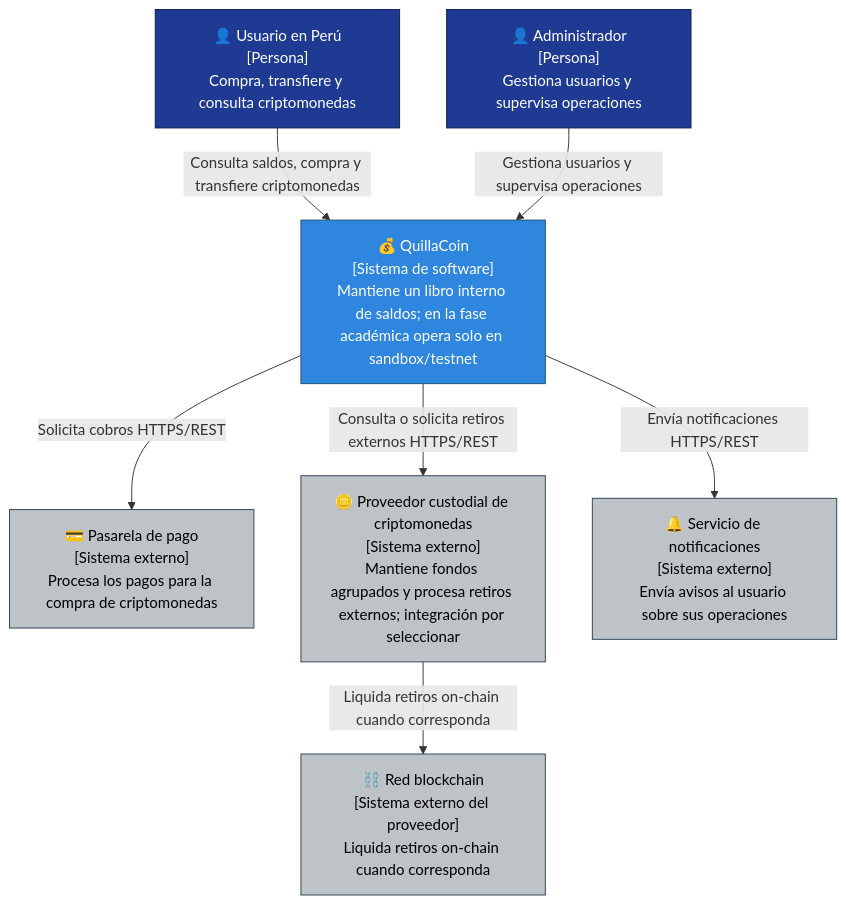
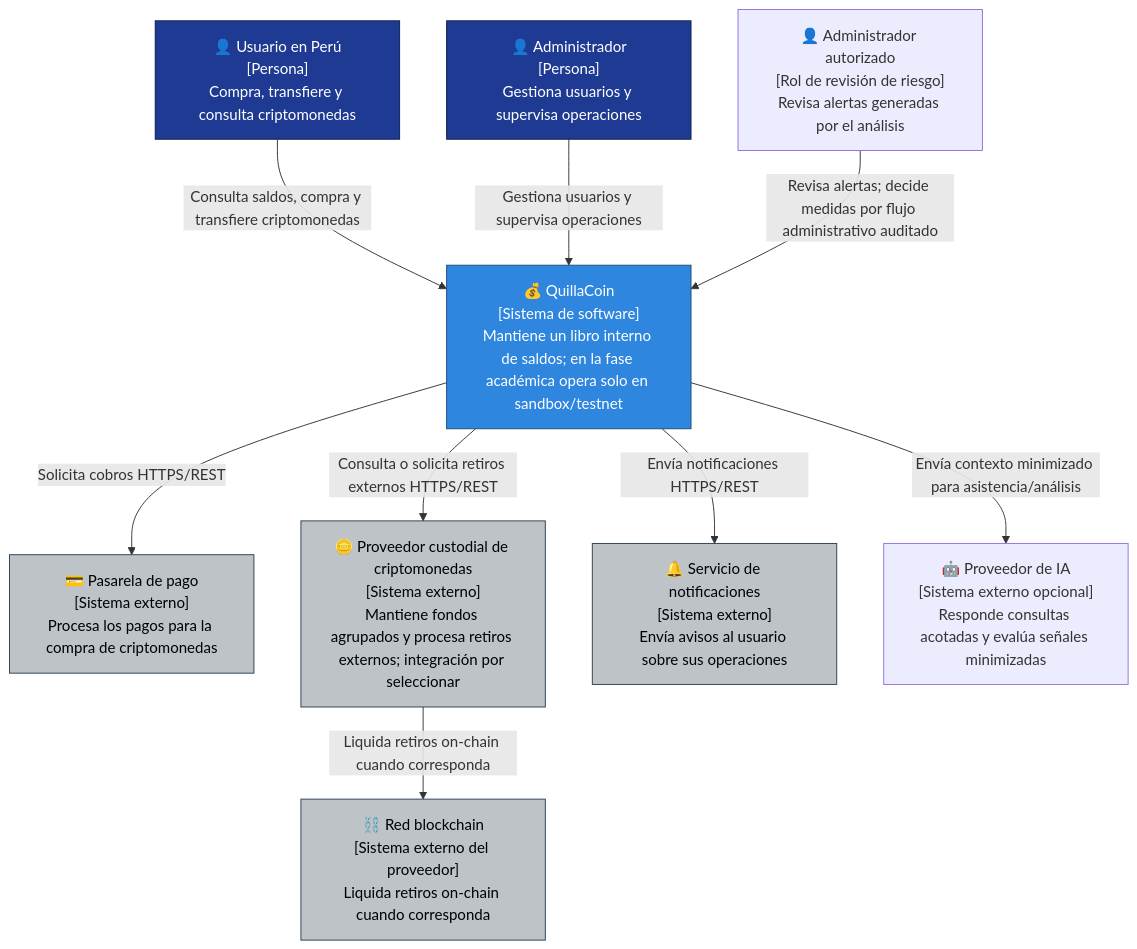
One commit to B3L70N/Flexcoin-arquitSoft-02-Jordy-Huaman changed the diagram in docs/04-modelo-c4/Nivel1-DiagramadeContextodelSistema.md. Above: the diagram before and after it, drawn with Mermaid. The commit also changed other lines of this file and 20 other files, not shown here.

````diff
--- a/docs/04-modelo-c4/Nivel1-DiagramadeContextodelSistema.md
+++ b/docs/04-modelo-c4/Nivel1-DiagramadeContextodelSistema.md
@@ -23,28 +23,32 @@
 ```mermaid
 flowchart TB
     Usuario["👤 Usuario en Perú<br/>[Persona]<br/>Compra, transfiere y consulta criptomonedas"]
     Admin["👤 Administrador<br/>[Persona]<br/>Gestiona usuarios y supervisa operaciones"]
+    IAAdmin["👤 Administrador autorizado<br/>[Rol de revisión de riesgo]<br/>Revisa alertas generadas por el análisis"]
 
     QuillaCoin["💰 QuillaCoin<br/>[Sistema de software]<br/>Mantiene un libro interno de saldos; en la fase académica opera solo en sandbox/testnet"]
 
     Pasarela["💳 Pasarela de pago<br/>[Sistema externo]<br/>Procesa los pagos para la compra de criptomonedas"]
     Proveedor["🪙 Proveedor custodial de criptomonedas<br/>[Sistema externo]<br/>Mantiene fondos agrupados y procesa retiros externos; integración por seleccionar"]
     Blockchain["⛓️ Red blockchain<br/>[Sistema externo del proveedor]<br/>Liquida retiros on-chain cuando corresponda"]
     Notif["🔔 Servicio de notificaciones<br/>[Sistema externo]<br/>Envía avisos al usuario sobre sus operaciones"]
+    ProveedorIA["🤖 Proveedor de IA<br/>[Sistema externo opcional]<br/>Responde consultas acotadas y evalúa señales minimizadas"]
 
     Usuario -->|Consulta saldos, compra y transfiere criptomonedas| QuillaCoin
     Admin -->|Gestiona usuarios y supervisa operaciones| QuillaCoin
+    IAAdmin -->|Revisa alertas; decide medidas por flujo administrativo auditado| QuillaCoin
 
     QuillaCoin -->|Solicita cobros HTTPS/REST| Pasarela
     QuillaCoin -->|Consulta o solicita retiros externos HTTPS/REST| Proveedor
     Proveedor -->|Liquida retiros on-chain cuando corresponda| Blockchain
     QuillaCoin -->|Envía notificaciones HTTPS/REST| Notif
+    QuillaCoin -->|Envía contexto minimizado para asistencia/análisis| ProveedorIA
 
     style Usuario fill:#1f3a93,stroke:#0d1e4c,color:#ffffff
     style Admin fill:#1f3a93,stroke:#0d1e4c,color:#ffffff
     style QuillaCoin fill:#2e86de,stroke:#1b4f72,color:#ffffff
     style Pasarela fill:#bdc3c7,stroke:#2c3e50,color:#000000
     style Proveedor fill:#bdc3c7,stroke:#2c3e50,color:#000000
     style Blockchain fill:#bdc3c7,stroke:#2c3e50,color:#000000
     style Notif fill:#bdc3c7,stroke:#2c3e50,color:#000000
 ```
````
